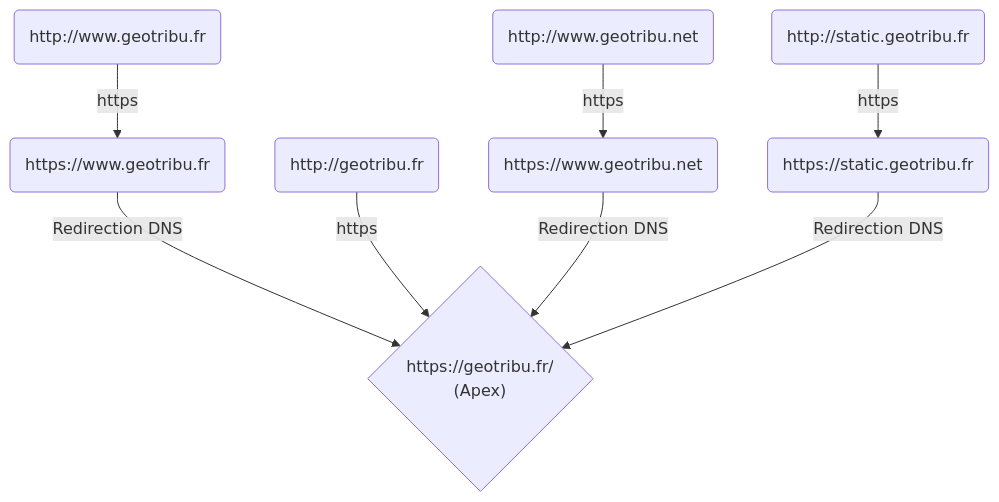
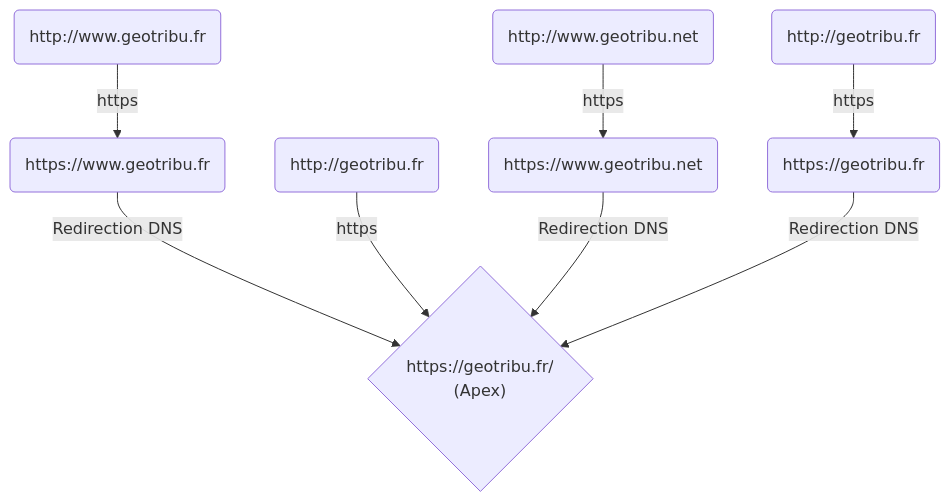
The diagram in content/articles/2023/2023-05-04_annonce-changement-url-site-geotribu.md (geotribu/website), drawn with Mermaid before and after one commit. The commit also changed other lines of this file and 21 other files, not shown here.

Commit message:
Switch DNS de static.geotribu.fr vers geotribu.fr

````diff
--- a/content/articles/2023/2023-05-04_annonce-changement-url-site-geotribu.md
+++ b/content/articles/2023/2023-05-04_annonce-changement-url-site-geotribu.md
@@ -44,11 +44,11 @@
 ```mermaid
 flowchart TB
     A(http://www.geotribu.fr) -->|https| B
     B(https://www.geotribu.fr) -->|Redirection DNS| U
     C(http://geotribu.fr) -->|https| U
     D(http://www.geotribu.net) -->|https| E
     E(https://www.geotribu.net) -->|Redirection DNS| U
-    F(http://static.geotribu.fr) -->|https| G
-    G(https://static.geotribu.fr) -->|Redirection DNS| U
+    F(http://geotribu.fr) -->|https| G
+    G(https://geotribu.fr) -->|Redirection DNS| U
     U{"https://geotribu.fr/ <br /> (Apex)"}
 ```
````
